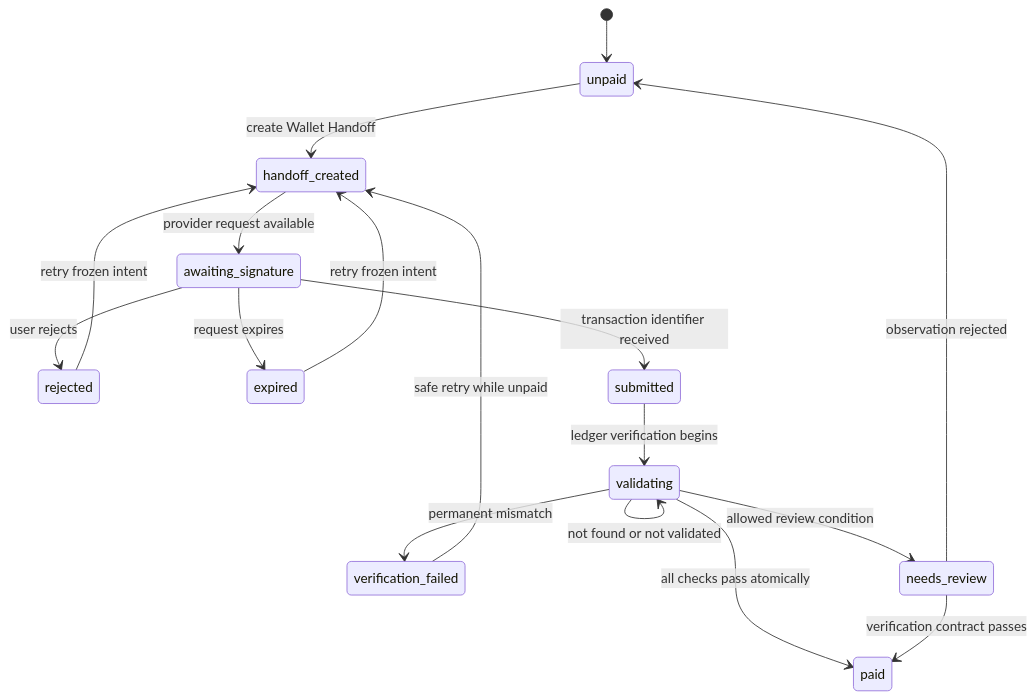
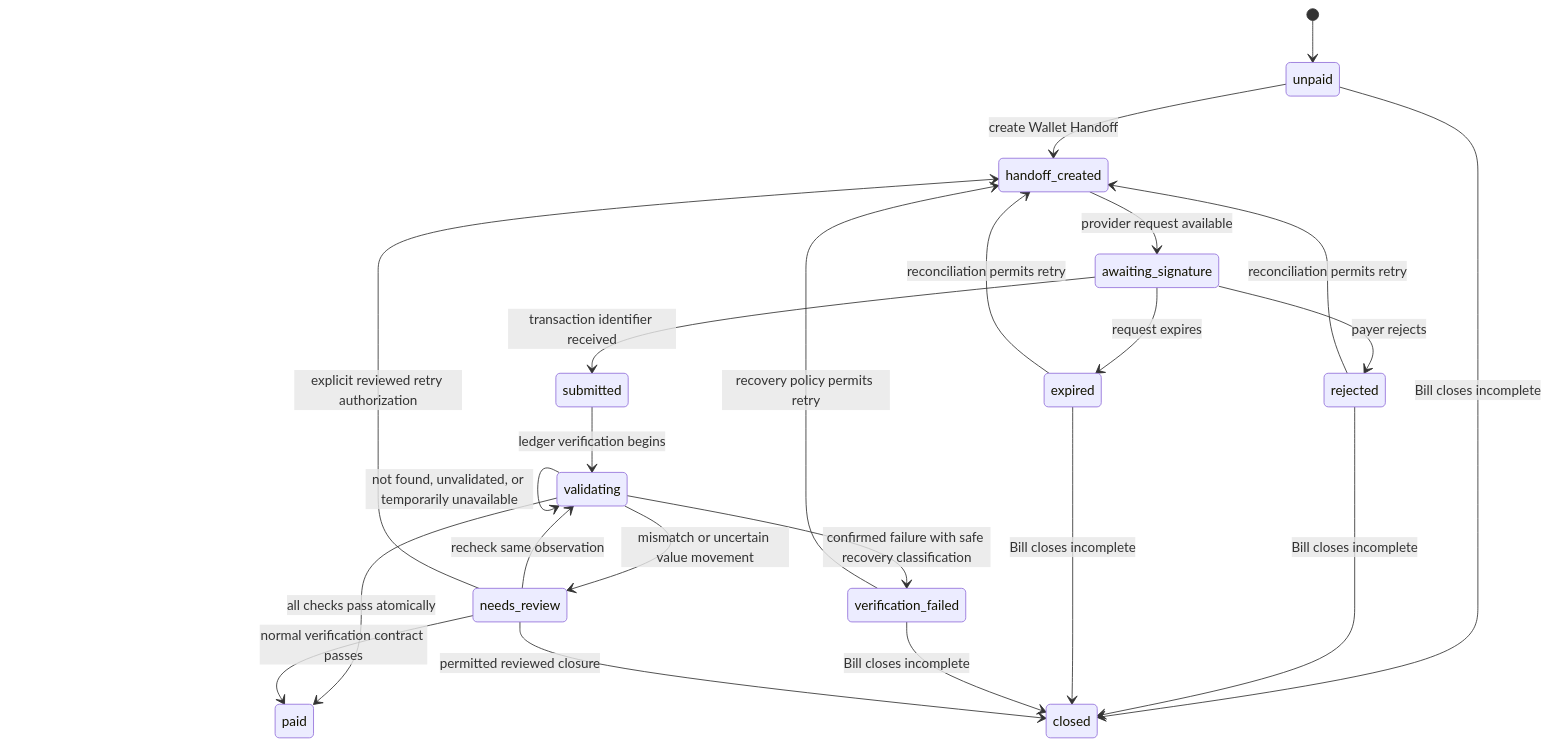
Before and after one commit to badjoke-lab/xrpl-group-pay: the second of 2 diagrams in docs/state-machine.md, drawn with Mermaid. The commit also changed other lines of this file, not shown here.

````diff
--- a/docs/state-machine.md
+++ b/docs/state-machine.md
@@ -72,19 +132,25 @@
 ```mermaid
 stateDiagram-v2
   [*] --> unpaid
   unpaid --> handoff_created: create Wallet Handoff
   handoff_created --> awaiting_signature: provider request available
-  awaiting_signature --> rejected: user rejects
+  awaiting_signature --> rejected: payer rejects
   awaiting_signature --> expired: request expires
   awaiting_signature --> submitted: transaction identifier received
   submitted --> validating: ledger verification begins
-  validating --> validating: not found or not validated
+  validating --> validating: not found, unvalidated, or temporarily unavailable
   validating --> paid: all checks pass atomically
-  validating --> verification_failed: permanent mismatch
-  validating --> needs_review: allowed review condition
-  rejected --> handoff_created: retry frozen intent
-  expired --> handoff_created: retry frozen intent
-  verification_failed --> handoff_created: safe retry while unpaid
-  needs_review --> paid: verification contract passes
-  needs_review --> unpaid: observation rejected
+  validating --> verification_failed: confirmed failure with safe recovery classification
+  validating --> needs_review: mismatch or uncertain value movement
+  rejected --> handoff_created: reconciliation permits retry
+  expired --> handoff_created: reconciliation permits retry
+  verification_failed --> handoff_created: recovery policy permits retry
+  needs_review --> validating: recheck same observation
+  needs_review --> handoff_created: explicit reviewed retry authorization
+  needs_review --> paid: normal verification contract passes
+  unpaid --> closed: Bill closes incomplete
+  rejected --> closed: Bill closes incomplete
+  expired --> closed: Bill closes incomplete
+  verification_failed --> closed: Bill closes incomplete
+  needs_review --> closed: permitted reviewed closure
 ```
````
